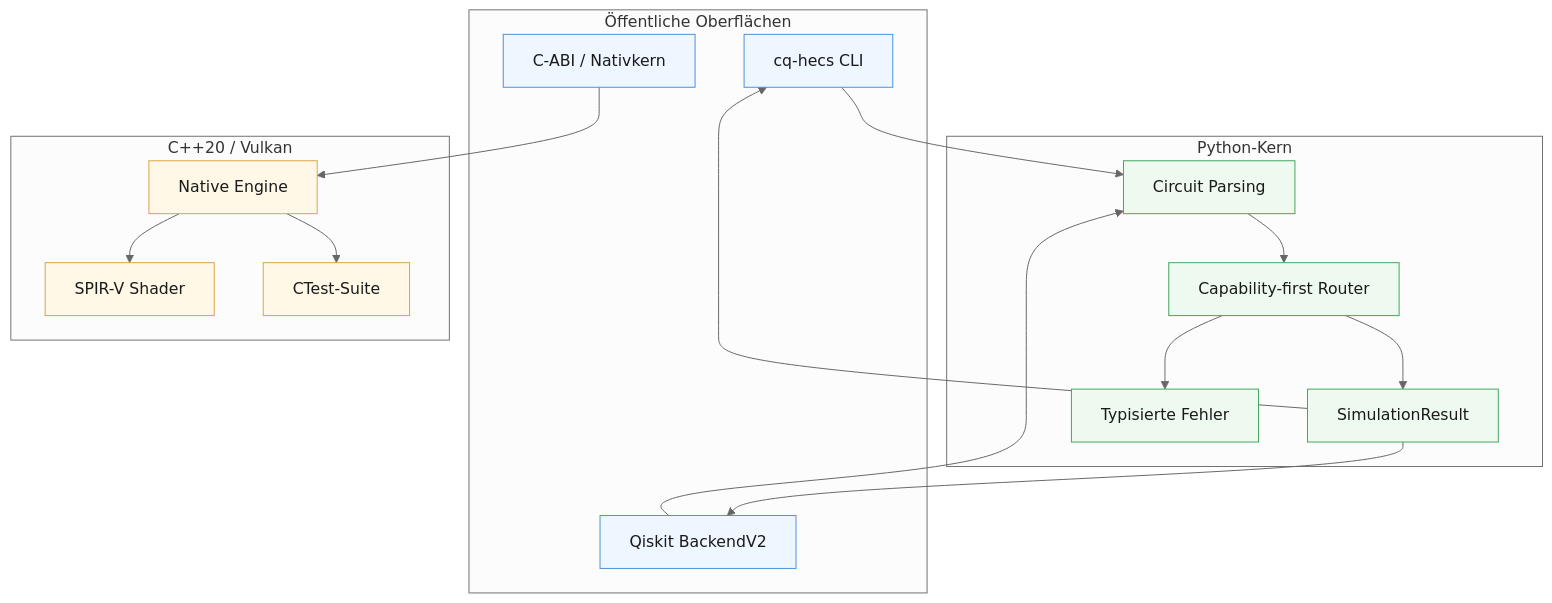
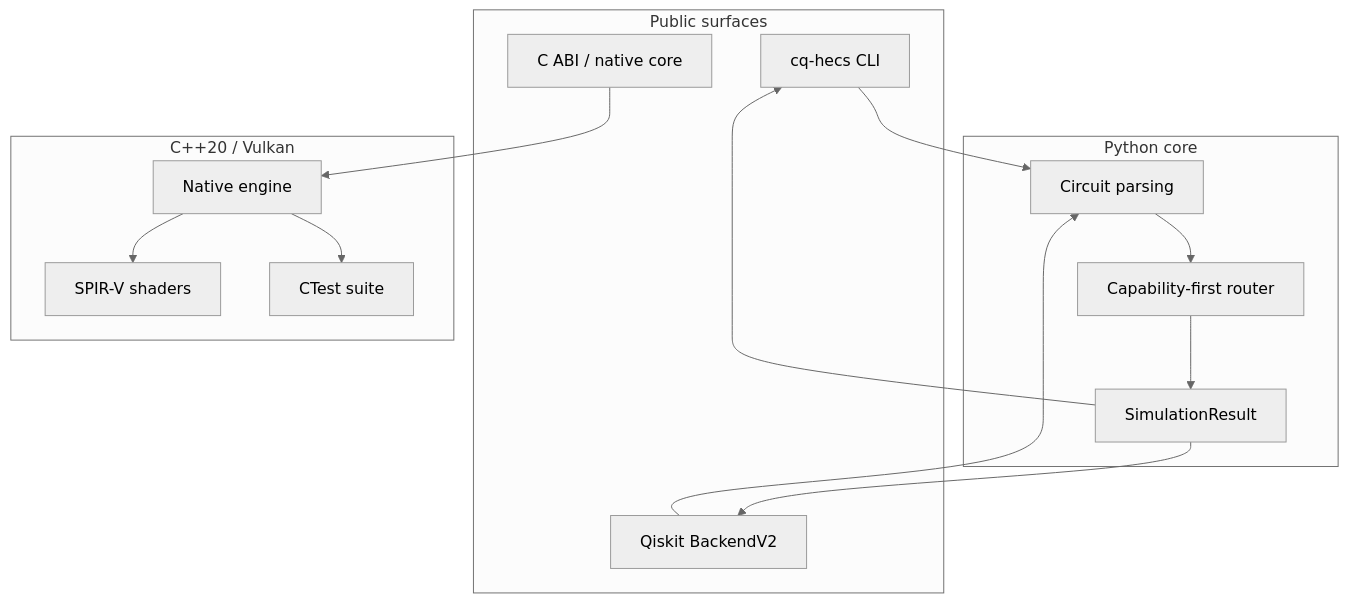
Before and after one commit to timfromhcs/CQ-HECS: the second of 2 diagrams in README.md, drawn with Mermaid (neutral theme). The commit also changed other lines of this file, not shown here.

````diff
--- a/README.md
+++ b/README.md
@@ -193,39 +437,26 @@
 ```mermaid
 flowchart TB
-    subgraph Public["Öffentliche Oberflächen"]
+    subgraph Public["Public surfaces"]
         CLI["cq-hecs CLI"]
         QISKIT["Qiskit BackendV2"]
-        CAPI["C-ABI / Nativkern"]
+        CAPI["C ABI / native core"]
     end
-
-    subgraph Core["Python-Kern"]
-        PARSE["Circuit Parsing"]
-        ROUTE["Capability-first Router"]
+    subgraph Core["Python core"]
+        PARSE["Circuit parsing"]
+        ROUTE["Capability-first router"]
         RESULT["SimulationResult"]
-        ERR["Typisierte Fehler"]
     end
-
     subgraph Native["C++20 / Vulkan"]
-        ENGINE["Native Engine"]
-        SHADERS["SPIR-V Shader"]
-        CTEST["CTest-Suite"]
+        ENGINE["Native engine"]
+        SHADERS["SPIR-V shaders"]
+        CTEST["CTest suite"]
     end
-
     CLI --> PARSE
     QISKIT --> PARSE
     CAPI --> ENGINE
-    PARSE --> ROUTE
-    ROUTE --> RESULT
-    ROUTE --> ERR
+    PARSE --> ROUTE --> RESULT
+    RESULT --> CLI
+    RESULT --> QISKIT
     ENGINE --> SHADERS
     ENGINE --> CTEST
-    RESULT --> CLI
-    RESULT --> QISKIT
-
-    classDef pub fill:#eef6ff,stroke:#4a90d9,color:#1a1a1a
-    classDef core fill:#eefaf0,stroke:#3fa65c,color:#1a1a1a
-    classDef native fill:#fff8e6,stroke:#d9a441,color:#1a1a1a
-    class CLI,QISKIT,CAPI pub
-    class PARSE,ROUTE,RESULT,ERR core
-    class ENGINE,SHADERS,CTEST native
 ```
````
